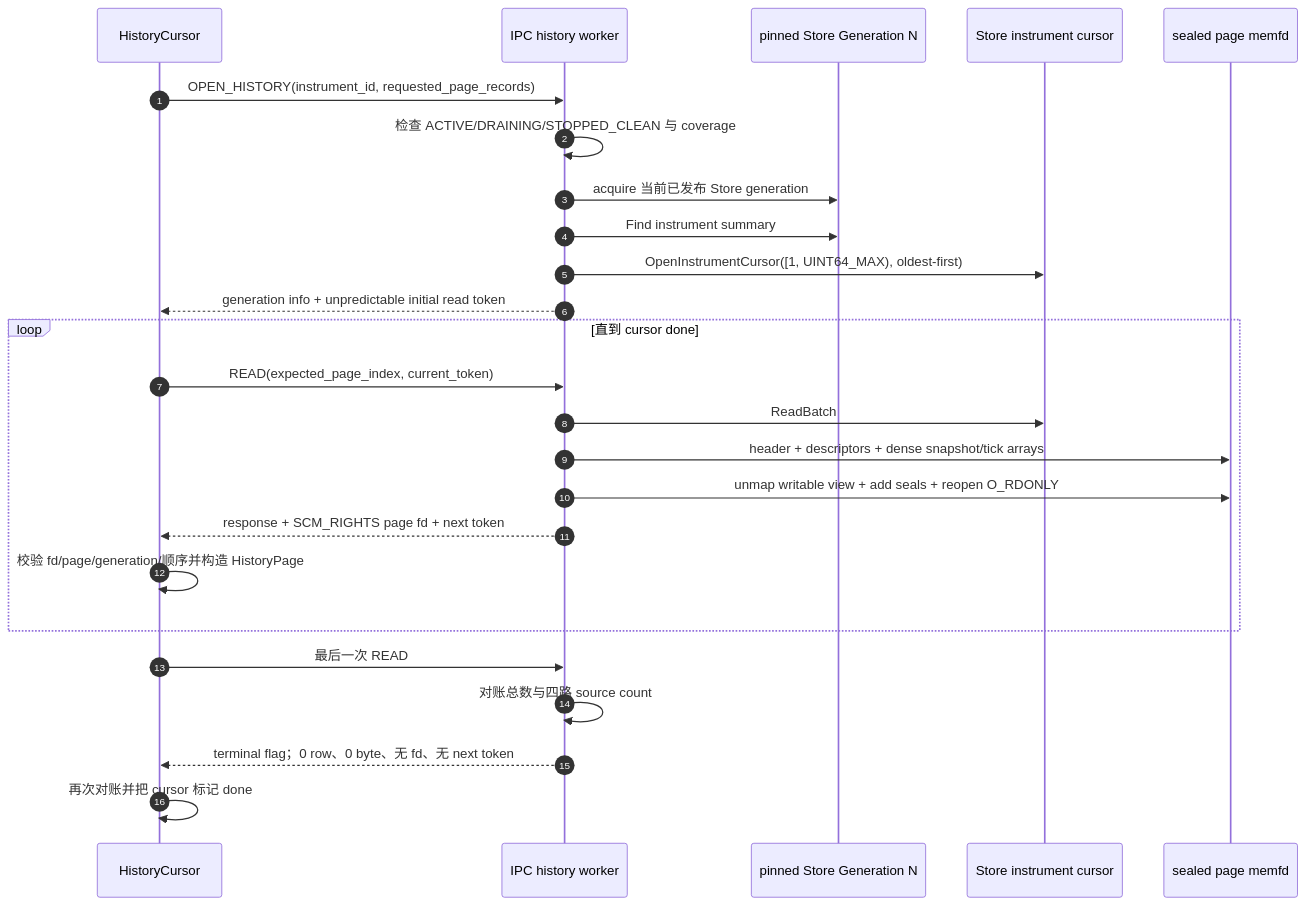
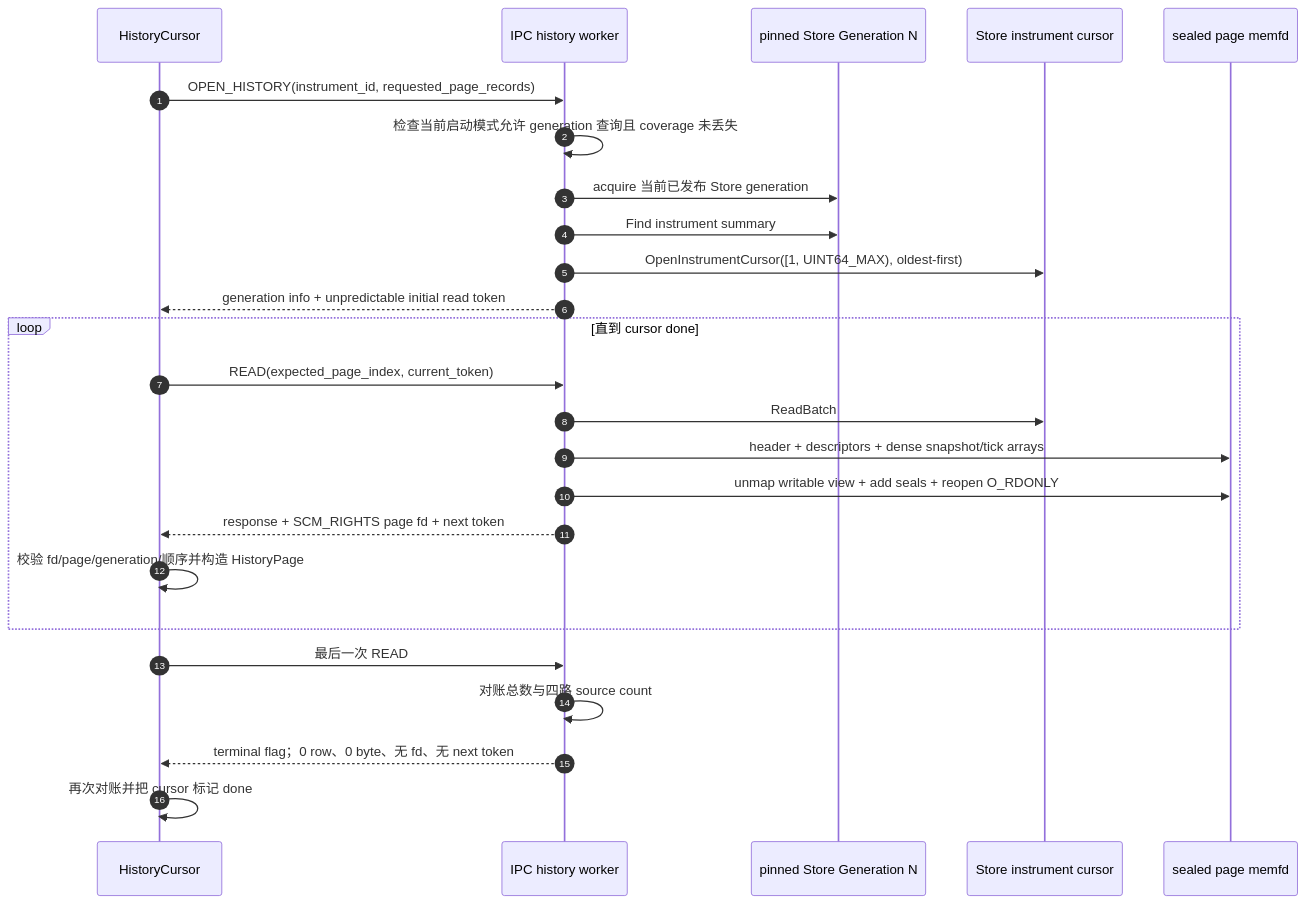
The ninth of 12 diagrams in docs/current-branch-flow-processing-architecture.md (Suncol/L2Flow), drawn with Mermaid before and after one commit. The commit also changed other lines of this file and 74 other files, not shown here.

````diff
--- a/docs/current-branch-flow-processing-architecture.md
+++ b/docs/current-branch-flow-processing-architecture.md
@@ -1193,30 +1248,30 @@
 ```mermaid
 sequenceDiagram
     autonumber
     participant Py as HistoryCursor
     participant Svc as IPC history worker
     participant Gen as pinned Store Generation N
     participant Cur as Store instrument cursor
     participant Fd as sealed page memfd
 
     Py->>Svc: OPEN_HISTORY(instrument_id, requested_page_records)
-    Svc->>Svc: 检查 ACTIVE/DRAINING/STOPPED_CLEAN 与 coverage
+    Svc->>Svc: 检查当前启动模式允许 generation 查询且 coverage 未丢失
     Svc->>Gen: acquire 当前已发布 Store generation
     Svc->>Gen: Find instrument summary
     Svc->>Cur: OpenInstrumentCursor([1, UINT64_MAX), oldest-first)
     Svc-->>Py: generation info + unpredictable initial read token
 
     loop 直到 cursor done
         Py->>Svc: READ(expected_page_index, current_token)
         Svc->>Cur: ReadBatch
         Svc->>Fd: header + descriptors + dense snapshot/tick arrays
         Svc->>Fd: unmap writable view + add seals + reopen O_RDONLY
         Svc-->>Py: response + SCM_RIGHTS page fd + next token
         Py->>Py: 校验 fd/page/generation/顺序并构造 HistoryPage
     end
 
     Py->>Svc: 最后一次 READ
     Svc->>Svc: 对账总数与四路 source count
     Svc-->>Py: terminal flag；0 row、0 byte、无 fd、无 next token
     Py->>Py: 再次对账并把 cursor 标记 done
 ```
````
